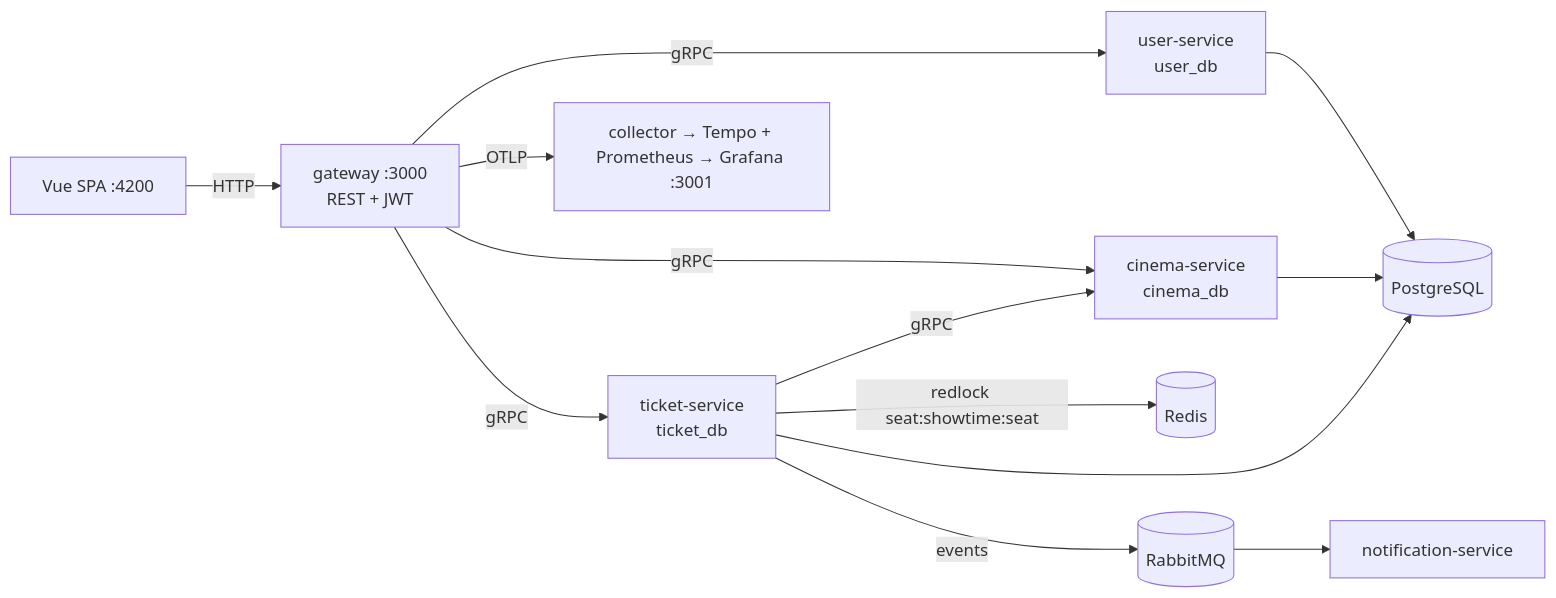
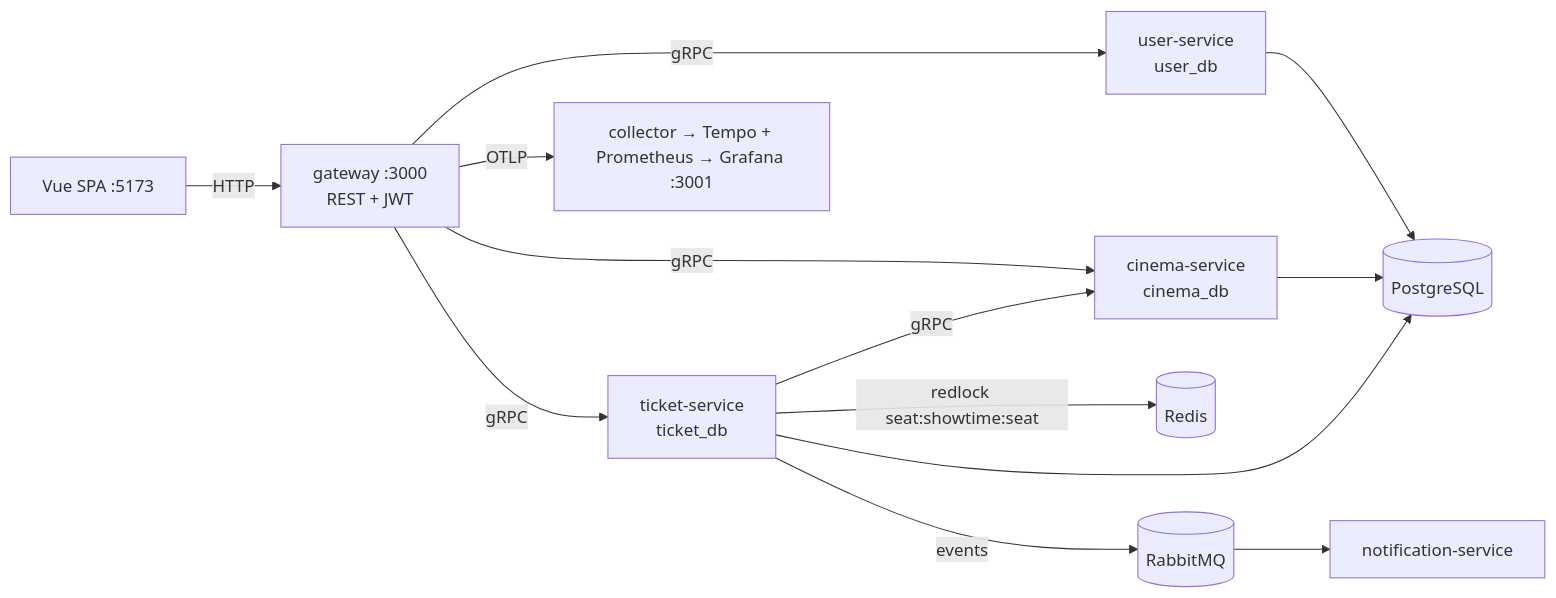
Before and after one commit to ridwanmuh3/cinx: the diagram in README.md, drawn with Mermaid. The commit also changed other lines of this file and 21 other files, not shown here.

Commit message:
remove angular related and add architecture notes to docs

````diff
--- a/README.md
+++ b/README.md
@@ -7,12 +7,12 @@
 ```mermaid
 flowchart LR
-  Web["Vue SPA :4200"] -->|HTTP| GW["gateway :3000<br/>REST + JWT"]
+  Web["Vue SPA :5173"] -->|HTTP| GW["gateway :3000<br/>REST + JWT"]
   GW -->|gRPC| US["user-service<br/>user_db"]
   GW -->|gRPC| CS["cinema-service<br/>cinema_db"]
   GW -->|gRPC| TS["ticket-service<br/>ticket_db"]
   TS -->|gRPC| CS
   TS -->|redlock seat:showtime:seat| RD[(Redis)]
   TS -->|events| RMQ[(RabbitMQ)] --> NS["notification-service"]
   US & CS & TS --> PG[(PostgreSQL)]
   GW -->|OTLP| OTEL["collector → Tempo + Prometheus → Grafana :3001"]
 ```
````
